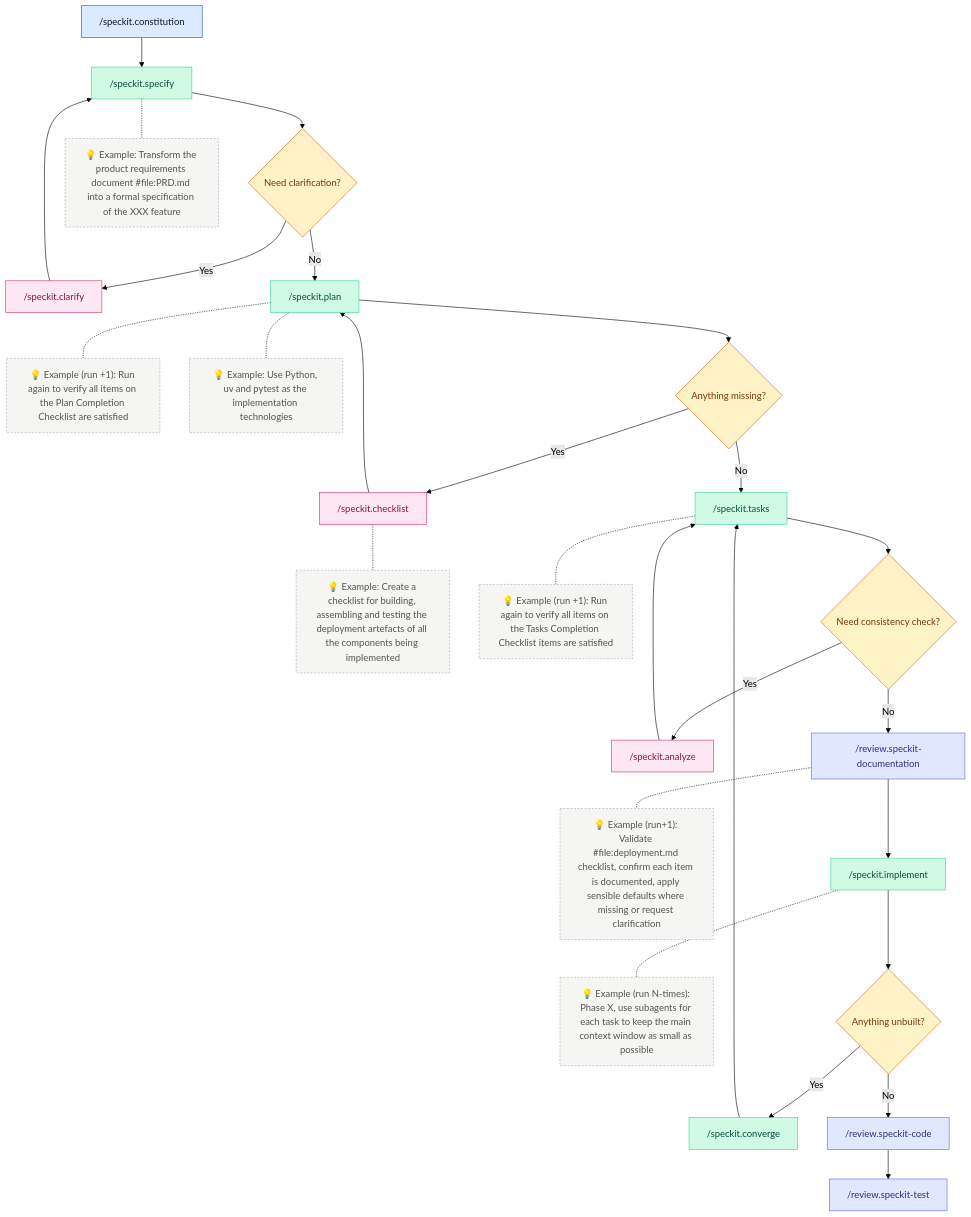
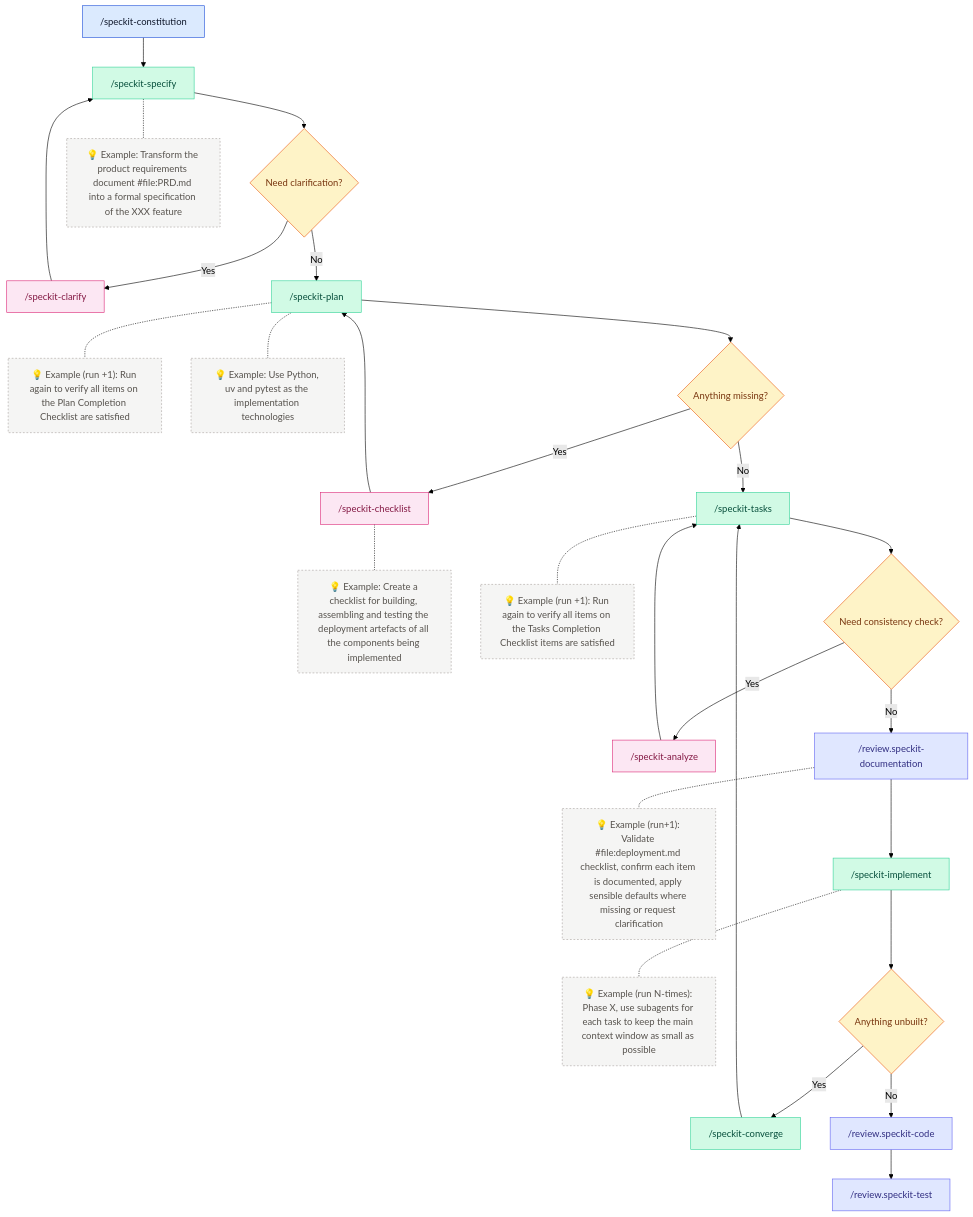
The second of 2 diagrams in docs/architecture.md (stefaniuk/loadout), drawn with Mermaid (forest theme) before and after one commit. The commit also changed other lines of this file and 52 other files, not shown here.

````diff
--- a/docs/architecture.md
+++ b/docs/architecture.md
@@ -91,46 +91,46 @@
 ```mermaid
 flowchart TD
-  constitution["/speckit.constitution"] --> specify["/speckit.specify"]
+  constitution["/speckit-constitution"] --> specify["/speckit-specify"]
 
   specify --> needClarification{Need clarification?}
   specify -.- specifyNote["💡 Example: Transform the product requirements document #file:PRD.md into a formal specification of the XXX feature"]
-  needClarification -- Yes --> clarify["/speckit.clarify"]
+  needClarification -- Yes --> clarify["/speckit-clarify"]
   clarify --> specify
-  needClarification -- No --> plan["/speckit.plan"]
+  needClarification -- No --> plan["/speckit-plan"]
   plan -.- planNote["💡 Example (run +1): Run again to verify all items on the Plan Completion Checklist are satisfied"]
   plan -.- planNote2["💡 Example: Use Python, uv and pytest as the implementation technologies"]
 
   plan --> domainCoverage{Anything missing?}
-  domainCoverage -- Yes --> checklist["/speckit.checklist"]
+  domainCoverage -- Yes --> checklist["/speckit-checklist"]
   checklist --> plan
   checklist -.- checklistNote["💡 Example: Create a checklist for building, assembling and testing the deployment artefacts of all the components being implemented"]
-  domainCoverage -- No --> tasks["/speckit.tasks"]
+  domainCoverage -- No --> tasks["/speckit-tasks"]
   tasks -.- tasksNote["💡 Example (run +1): Run again to verify all items on the Tasks Completion Checklist items are satisfied"]
 
   tasks --> consistency{Need consistency check?}
-  consistency -- Yes --> analyze["/speckit.analyze"]
+  consistency -- Yes --> analyze["/speckit-analyze"]
   analyze --> tasks
   consistency -- No --> reviewDocs["/review.speckit-documentation"]
   reviewDocs -.- reviewDocsNote["💡 Example (run+1): Validate #file:deployment.md checklist, confirm each item is documented, apply sensible defaults where missing or request clarification"]
-  reviewDocs --> implement["/speckit.implement"]
+  reviewDocs --> implement["/speckit-implement"]
   implement -.- implementNote["💡 Example (run N-times): Phase X, use subagents for each task to keep the main context window as small as possible"]
   implement --> anythingUnbuilt{Anything unbuilt?}
-  anythingUnbuilt -- Yes --> converge["/speckit.converge"]
+  anythingUnbuilt -- Yes --> converge["/speckit-converge"]
   converge --> tasks
   anythingUnbuilt -- No --> reviewCode["/review.speckit-code"]
   reviewCode --> reviewTest["/review.speckit-test"]
 
   classDef source fill:#dbeafe,stroke:#1d4ed8,color:#0f172a,stroke-width:1px;
   classDef action fill:#d1fae5,stroke:#34d399,color:#064e3b,stroke-width:1px;
   classDef question fill:#fef3c7,stroke:#ea580c,color:#78350f,stroke-width:1px;
   classDef review fill:#fce7f3,stroke:#db2777,color:#831843,stroke-width:1px;
   classDef docReview fill:#e0e7ff,stroke:#6366f1,color:#312e81,stroke-width:1px;
   classDef note fill:#f5f5f4,stroke:#a8a29e,color:#57534e,stroke-width:1px,stroke-dasharray:3;
 
   class constitution source;
   class specify,plan,tasks,implement,converge action;
   class needClarification,domainCoverage,consistency,anythingUnbuilt question;
   class clarify,checklist,analyze review;
   class reviewDocs,reviewCode,reviewTest docReview;
   class specifyNote,checklistNote,planNote,planNote2,tasksNote,implementNote,reviewDocsNote note;
 ```
````
